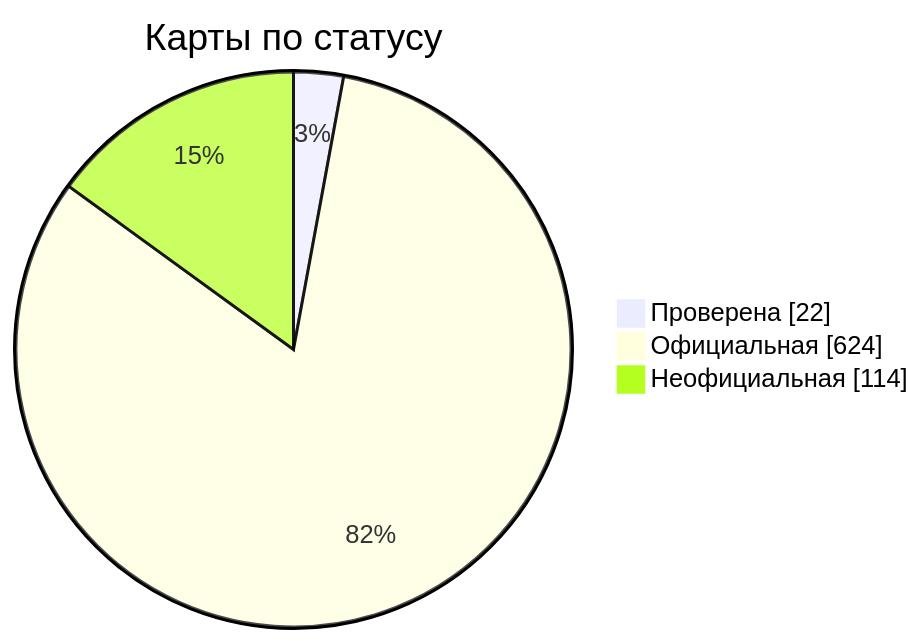
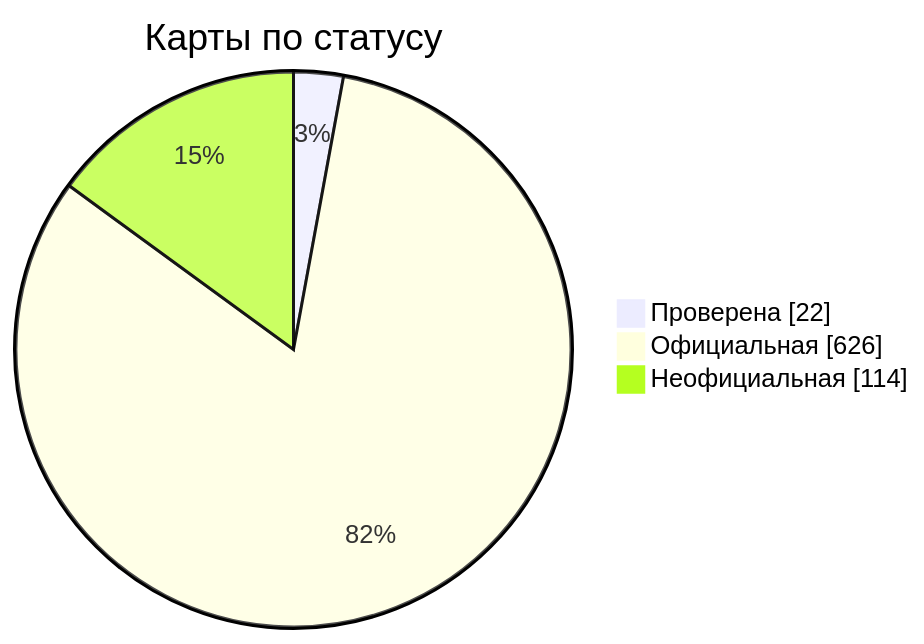
One commit to nobrega8/mbmap-library changed the diagram in docs/readme/README_RU.md. Above: the diagram before and after it, drawn with Mermaid. The commit also changed 7 other files, not shown here.

````diff
--- a/docs/readme/README_RU.md
+++ b/docs/readme/README_RU.md
@@ -54,7 +54,7 @@
 ```mermaid
 pie showData
     title Карты по статусу
     "Проверена" : 22
-    "Официальная" : 624
+    "Официальная" : 626
     "Неофициальная" : 114
 ```
````
